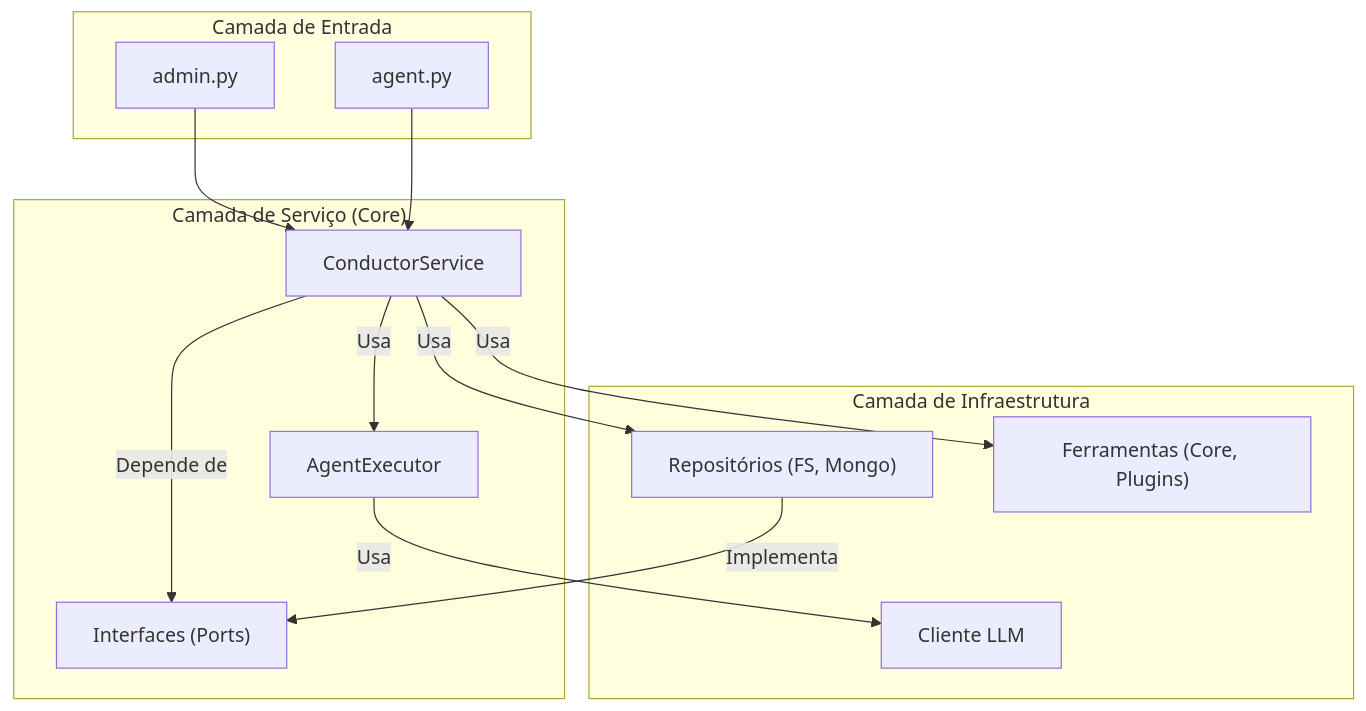
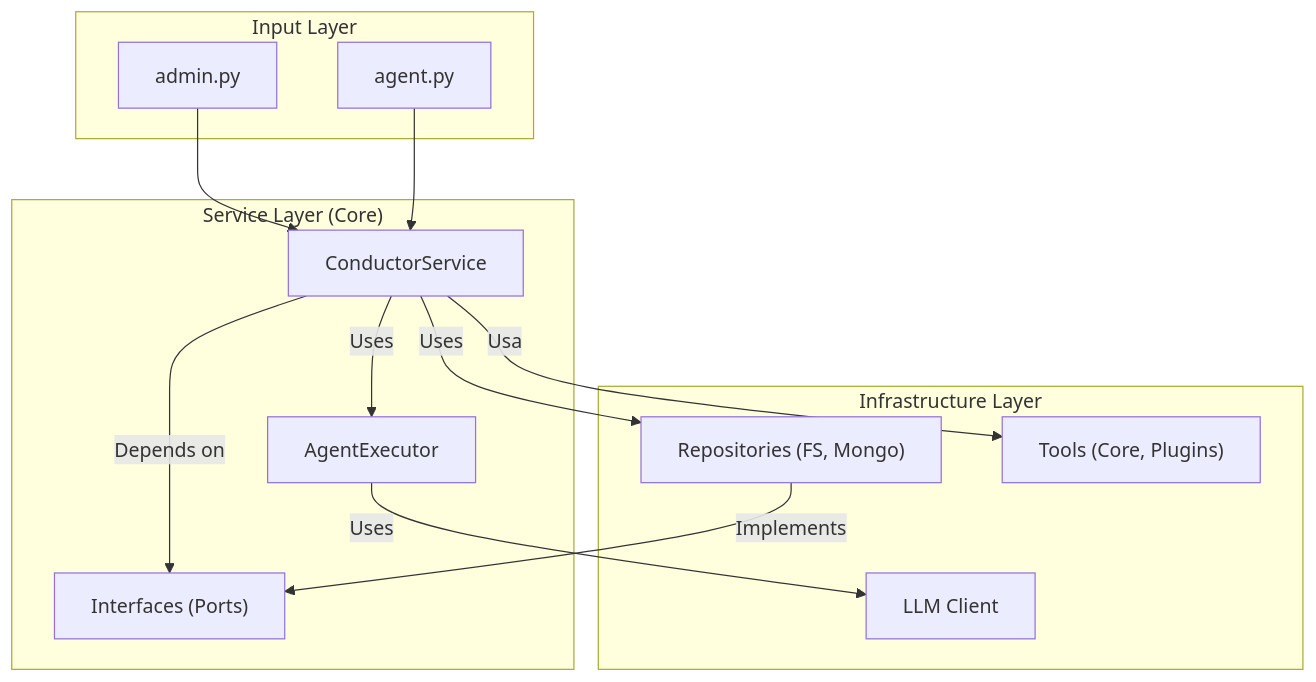
The first of 2 diagrams in docs/architecture/UNIFIED_ARCHITECTURE.md (primoia/conductor), drawn with Mermaid before and after one commit. The commit also changed other lines of this file and 44 other files, not shown here.

````diff
--- a/docs/architecture/UNIFIED_ARCHITECTURE.md
+++ b/docs/architecture/UNIFIED_ARCHITECTURE.md
@@ -17,28 +17,28 @@
 ```mermaid
 graph TD
-    subgraph "Camada de Entrada"
+    subgraph "Input Layer"
         CLI_Admin["admin.py"]
         CLI_Agent["agent.py"]
     end
 
-    subgraph "Camada de Serviço (Core)"
+    subgraph "Service Layer (Core)"
         Service["ConductorService"]
         Executor["AgentExecutor"]
         Ports["Interfaces (Ports)"]
     end
 
-    subgraph "Camada de Infraestrutura"
-        Storage["Repositórios (FS, Mongo)"]
-        Tools["Ferramentas (Core, Plugins)"]
-        LLM["Cliente LLM"]
+    subgraph "Infrastructure Layer"
+        Storage["Repositories (FS, Mongo)"]
+        Tools["Tools (Core, Plugins)"]
+        LLM["LLM Client"]
     end
 
     CLI_Admin --> Service
     CLI_Agent --> Service
-    Service -- Usa --> Executor
-    Service -- Depende de --> Ports
-    Service -- Usa --> Storage
+    Service -- Uses --> Executor
+    Service -- Depends on --> Ports
+    Service -- Uses --> Storage
     Service -- Usa --> Tools
-    Executor -- Usa --> LLM
-    Storage -- Implementa --> Ports
+    Executor -- Uses --> LLM
+    Storage -- Implements --> Ports
 ```
````
